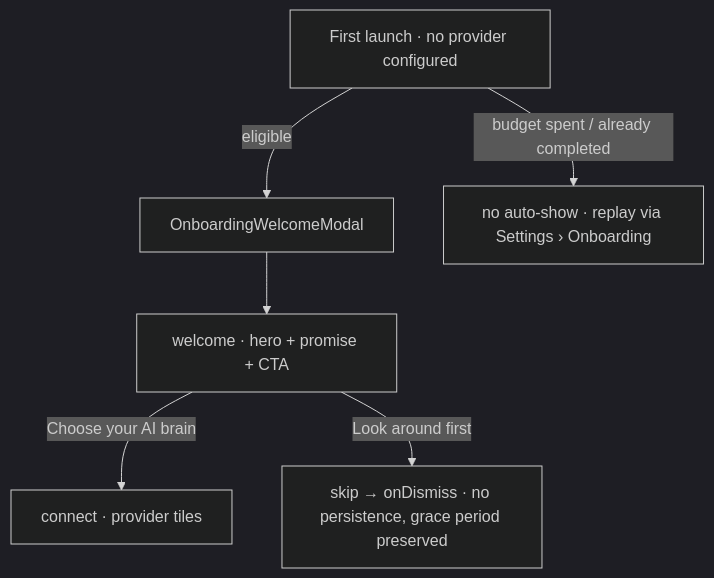
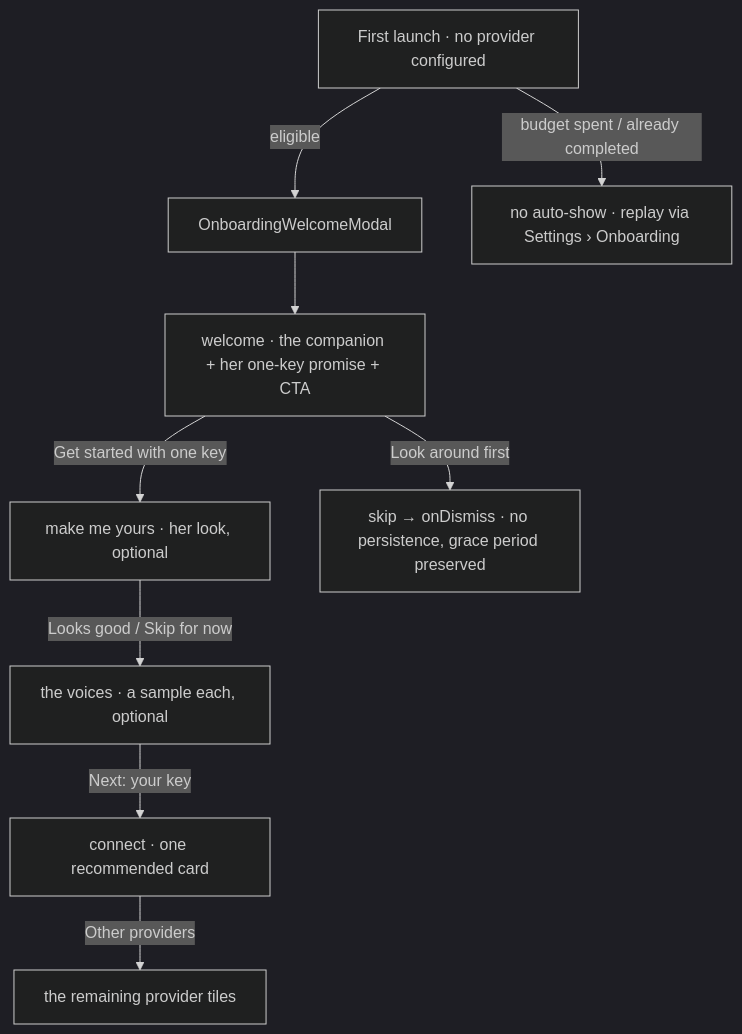
The diagram in knowledge/features/onboarding.md (matthiasn/lotti), drawn with Mermaid (dark theme) before and after one commit. The commit also changed other lines of this file and 73 other files, not shown here.

Commit message:
feat(onboarding): Lotti guides the first run — one key, her look, her voices, her first words (#4992)

````diff
--- a/knowledge/features/onboarding.md
+++ b/knowledge/features/onboarding.md
@@ -38,8 +38,11 @@
 ```mermaid
 flowchart TD
     L[First launch · no provider configured] -->|eligible| W[OnboardingWelcomeModal]
     L -->|budget spent / already completed| NONE[no auto-show · replay via Settings › Onboarding]
-    W --> WL[welcome · hero + promise + CTA]
-    WL -->|Choose your AI brain| CN[connect · provider tiles]
+    W --> WL[welcome · the companion + her one-key promise + CTA]
+    WL -->|Get started with one key| MY[make me yours · her look, optional]
+    MY -->|Looks good / Skip for now| VO[the voices · a sample each, optional]
+    VO -->|Next: your key| CN[connect · one recommended card]
+    CN -->|Other providers| CNO[the remaining provider tiles]
     WL -->|Look around first| SK[skip → onDismiss · no persistence, grace period preserved]
 ```
````
